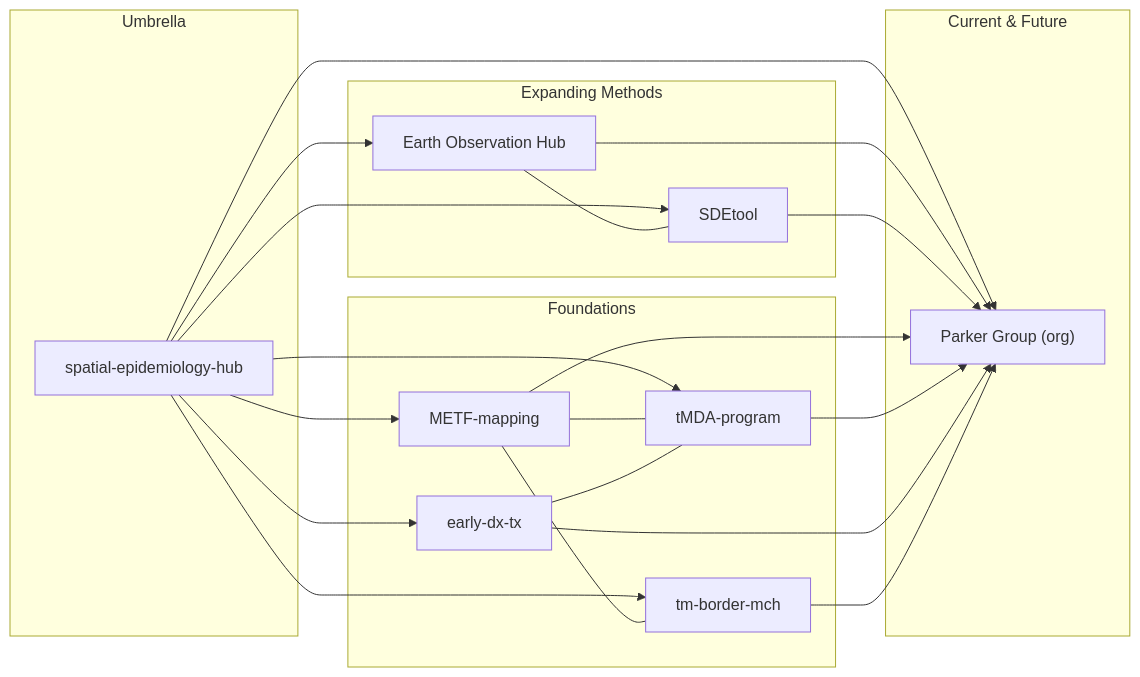
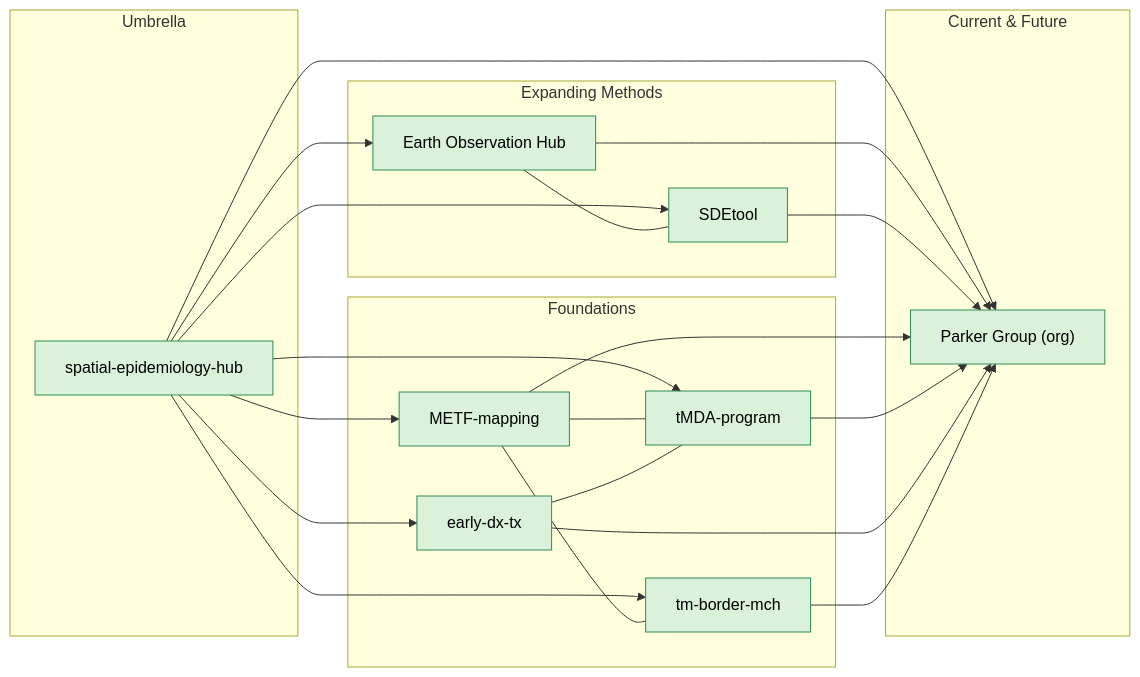
One commit to DMParker1/spatial-epidemiology-hub changed the diagram in README.md. Above: the diagram before and after it, drawn with Mermaid.

````diff
--- a/README.md
+++ b/README.md
@@ -40,42 +40,51 @@
 ```mermaid
 flowchart LR
+  %% Set background color for the whole chart
+  classDef chart fill:#f5f5f5;
+
   subgraph A[Foundations]
     METF["METF-mapping"]
     EDT["early-dx-tx"]
     MCH["tm-border-mch"]
     tMDA["tMDA-program"]
   end
 
   subgraph B[Expanding Methods]
     EO["Earth Observation Hub"]
     SDE["SDEtool"]
   end
 
   subgraph C[Umbrella]
     GIS["spatial-epidemiology-hub"]
   end
 
   subgraph D[Current & Future]
     PG["Parker Group (org)"]
   end
 
   GIS --> METF
   GIS --> tMDA
   GIS --> EDT
   GIS --> MCH
   GIS --> EO
   GIS --> SDE
   GIS --> PG
 
   METF --- tMDA
   EDT --- tMDA
   METF --- MCH
   EO --- SDE
 
   EO --> PG
   SDE --> PG
   METF --> PG
   tMDA --> PG
   EDT --> PG
   MCH --> PG
+
+  %% Define light green box style
+  classDef greenBox fill:#d9f2d9,stroke:#2e8b57,stroke-width:1px,color:#000;
+
+  %% Apply to all nodes
+  class METF,EDT,MCH,tMDA,EO,SDE,GIS,PG greenBox;
 ```
````
